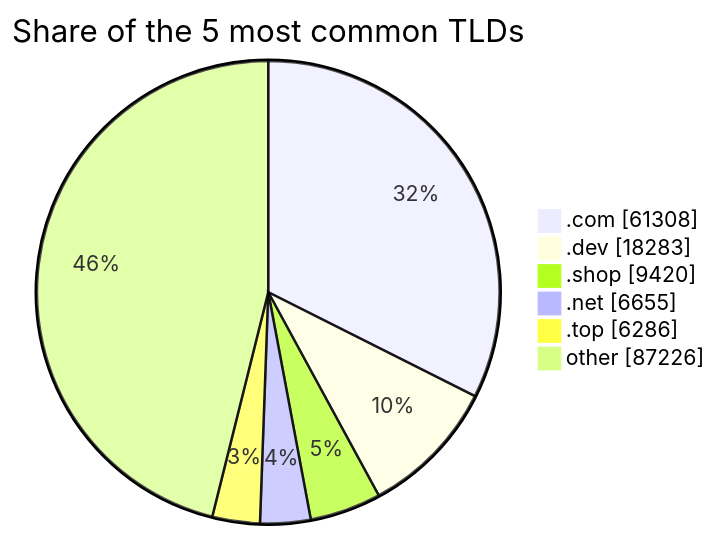
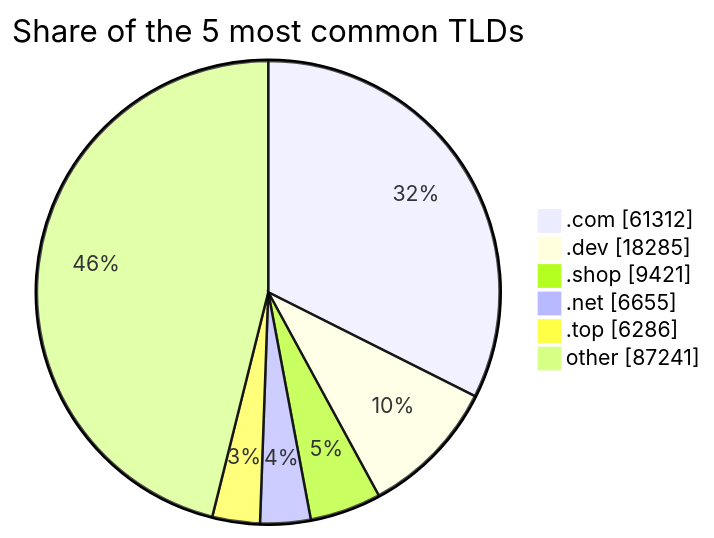
The third of 3 diagrams in README.md (DNSBunker/CTI), drawn with Mermaid before and after one commit. The commit also changed other lines of this file and 3 other files, not shown here.

````diff
--- a/README.md
+++ b/README.md
@@ -81,9 +81,9 @@
 ```mermaid
 pie showData title Share of the 5 most common TLDs
-    ".com" : 61308
-    ".dev" : 18283
-    ".shop" : 9420
+    ".com" : 61312
+    ".dev" : 18285
+    ".shop" : 9421
     ".net" : 6655
     ".top" : 6286
-    "other" : 87226
+    "other" : 87241
 ```
````
